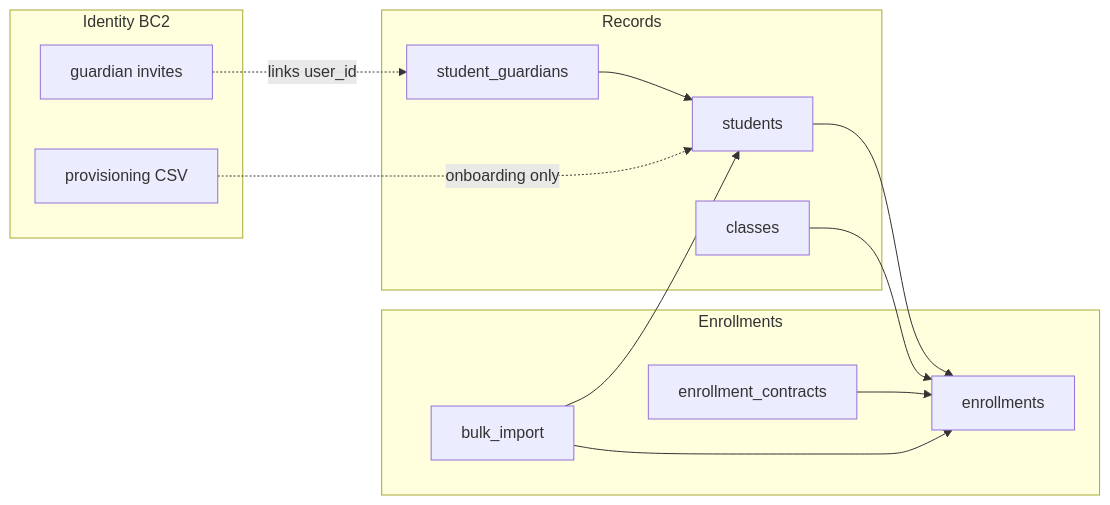
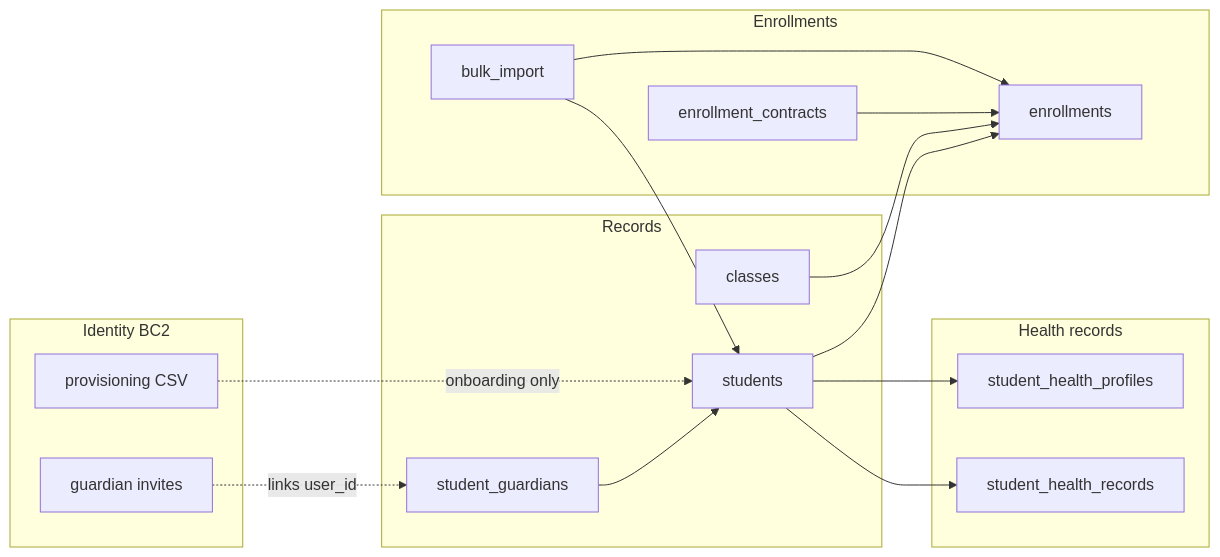
One commit to DLA-Solutions/school_lab changed the first of 2 diagrams in docs/prds/students-and-enrollments/index.md. Above: the diagram before and after it, drawn with Mermaid. The commit also changed other lines of this file and 39 other files, not shown here.

First line of the commit message:
DLA-11: Multiple health records with profile and optional PDF (#331)

````diff
--- a/docs/prds/students-and-enrollments/index.md
+++ b/docs/prds/students-and-enrollments/index.md
@@ -134,25 +136,31 @@
 ```mermaid
 flowchart LR
     subgraph BC2 [Records]
         STU[students]
         GL[student_guardians]
         CLS[classes]
+    end
+    subgraph BC3 [Health records]
+        HP[student_health_profiles]
+        HR[student_health_records]
     end
     subgraph BC1 [Enrollments]
         ENR[enrollments]
         CTR[enrollment_contracts]
         IMP[bulk_import]
     end
     subgraph Identity [Identity BC2]
         INV[guardian invites]
         CSV[provisioning CSV]
     end
     STU --> ENR
     GL --> STU
     CLS --> ENR
+    STU --> HP
+    STU --> HR
     CTR --> ENR
     INV -.->|links user_id| GL
     CSV -.->|onboarding only| STU
     IMP --> STU
     IMP --> ENR
 ```
````
